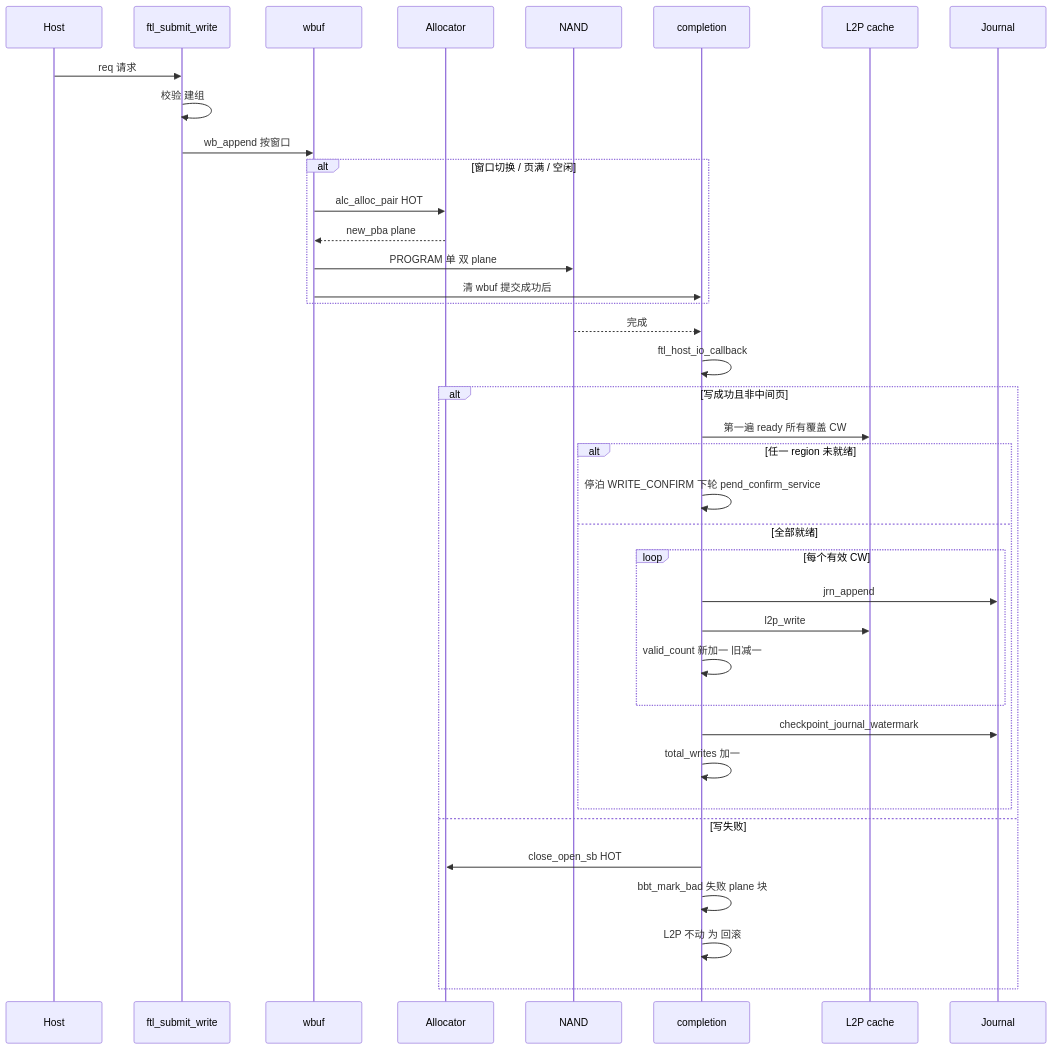
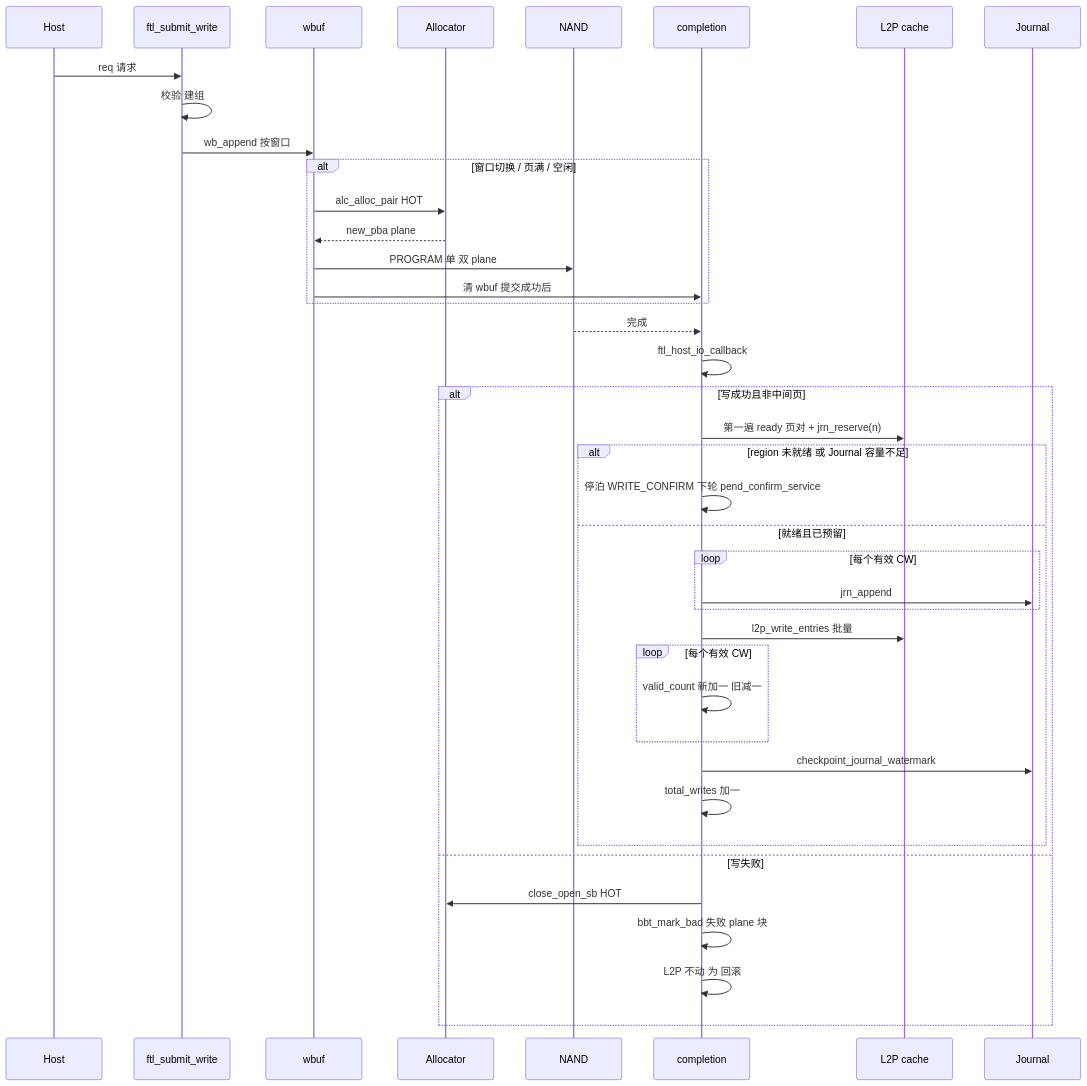
Diagram 27 of 32 in docs/design/ftl_design.md (YzYMIAO/BASESSD), drawn with Mermaid before and after one commit. The commit also changed other lines of this file and 23 other files, not shown here.

````diff
--- a/docs/design/ftl_design.md
+++ b/docs/design/ftl_design.md
@@ -3878,41 +3886,43 @@
 ```mermaid
 sequenceDiagram
     participant H as Host
     participant F as ftl_submit_write
     participant W as wbuf
     participant A as Allocator
     participant N as NAND
     participant C as completion
     participant L as L2P cache
     participant J as Journal
 
     H->>F: req 请求
     F->>F: 校验 建组
     F->>W: wb_append 按窗口
     alt 窗口切换 / 页满 / 空闲
         W->>A: alc_alloc_pair HOT
         A-->>W: new_pba plane
         W->>N: PROGRAM 单 双 plane
         W->>C: 清 wbuf 提交成功后
     end
     N-->>C: 完成
     C->>C: ftl_host_io_callback
     alt 写成功且非中间页
-        C->>L: 第一遍 ready 所有覆盖 CW
-        alt 任一 region 未就绪
+        C->>L: 第一遍 ready 页对 + jrn_reserve(n)
+        alt region 未就绪 或 Journal 容量不足
             C->>C: 停泊 WRITE_CONFIRM 下轮 pend_confirm_service
-        else 全部就绪
+        else 就绪且已预留
             loop 每个有效 CW
                 C->>J: jrn_append
-                C->>L: l2p_write
+            end
+            C->>L: l2p_write_entries 批量
+            loop 每个有效 CW
                 C->>C: valid_count 新加一 旧减一
             end
             C->>J: checkpoint_journal_watermark
             C->>C: total_writes 加一
         end
     else 写失败
         C->>A: close_open_sb HOT
         C->>C: bbt_mark_bad 失败 plane 块
         C->>C: L2P 不动 为 回滚
     end
 ```
````
